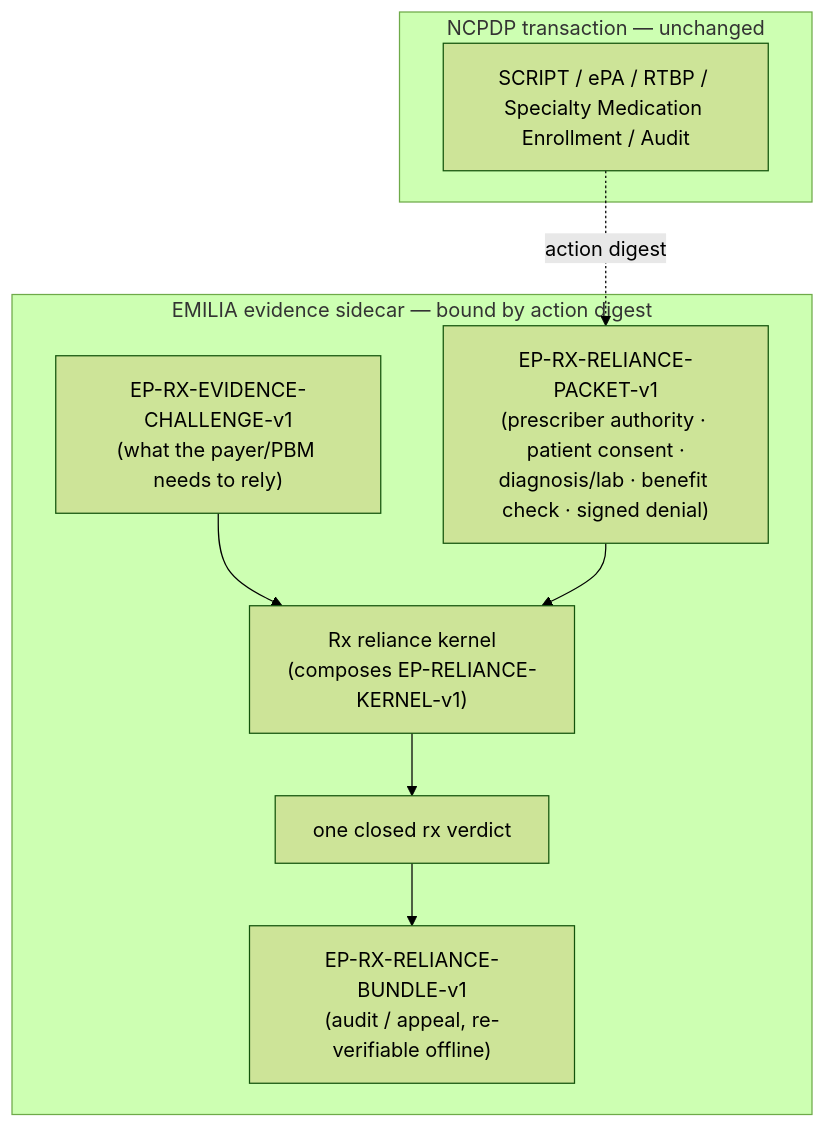
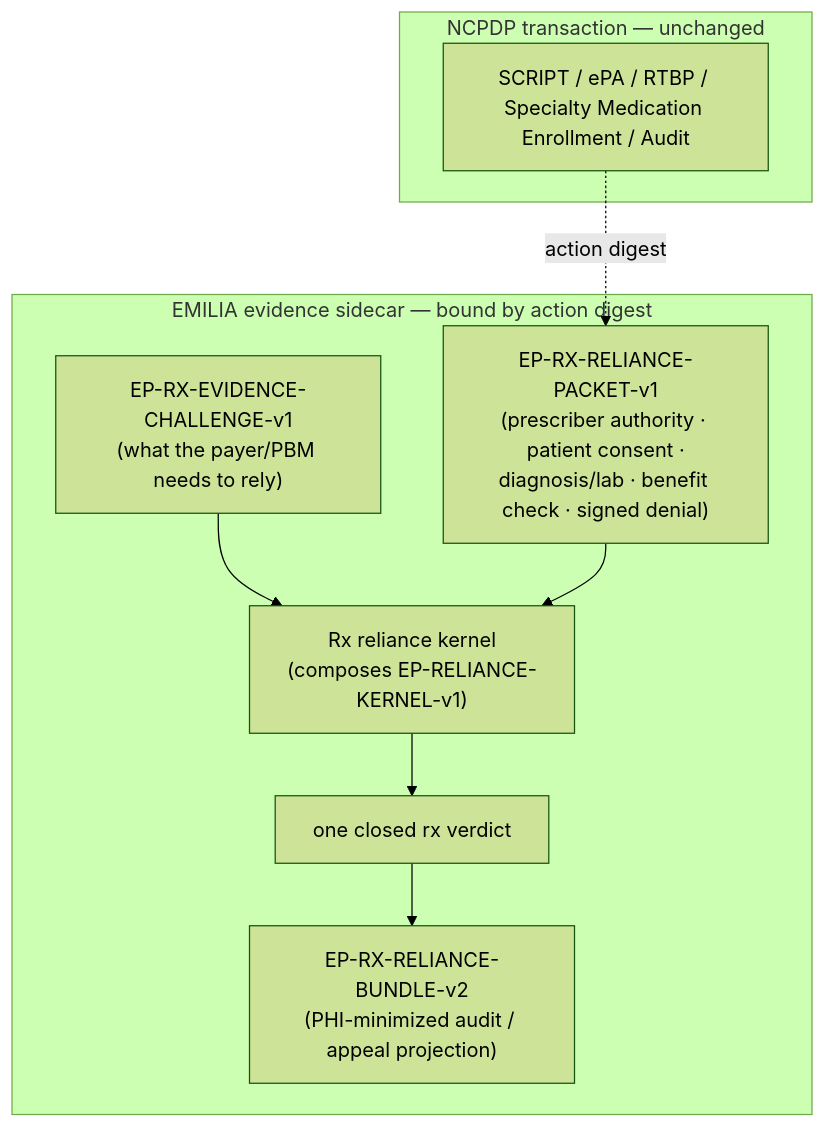
Before and after one commit to emiliaprotocol/emilia-protocol: the diagram in docs/standards-engagement/NCPDP-RX-RELIANCE-COMPANION.md, drawn with Mermaid (forest theme). The commit also changed other lines of this file and 83 other files, not shown here.

````diff
--- a/docs/standards-engagement/NCPDP-RX-RELIANCE-COMPANION.md
+++ b/docs/standards-engagement/NCPDP-RX-RELIANCE-COMPANION.md
@@ -30,18 +30,18 @@
 ```mermaid
 flowchart TD
   subgraph RAIL["NCPDP transaction — unchanged"]
     TX["SCRIPT / ePA / RTBP / Specialty Medication Enrollment / Audit"]
   end
   subgraph SIDE["EMILIA evidence sidecar — bound by action digest"]
     CH["EP-RX-EVIDENCE-CHALLENGE-v1\n(what the payer/PBM needs to rely)"]
     PK["EP-RX-RELIANCE-PACKET-v1\n(prescriber authority · patient consent ·\ndiagnosis/lab · benefit check · signed denial)"]
     K["Rx reliance kernel\n(composes EP-RELIANCE-KERNEL-v1)"]
     V["one closed rx verdict"]
-    B["EP-RX-RELIANCE-BUNDLE-v1\n(audit / appeal, re-verifiable offline)"]
+    B["EP-RX-RELIANCE-BUNDLE-v2\n(PHI-minimized audit / appeal projection)"]
   end
   TX -. action digest .-> PK
   CH --> K
   PK --> K
   K --> V
   V --> B
 ```
````
